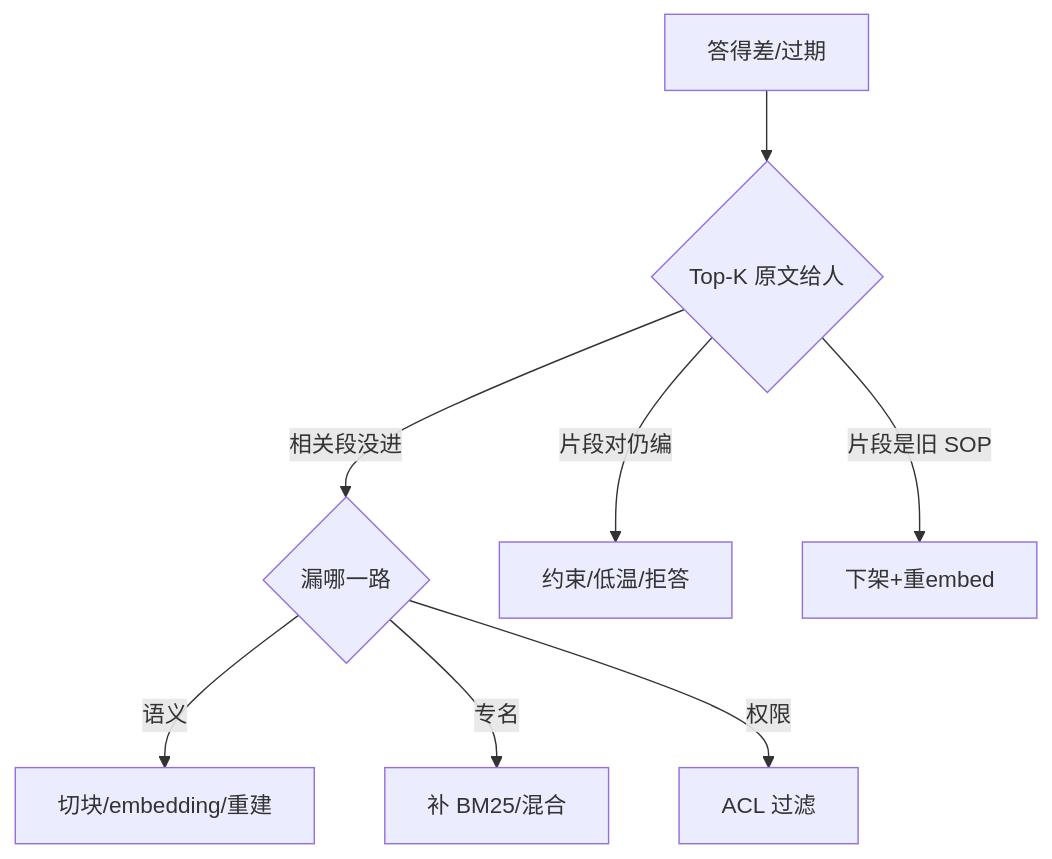
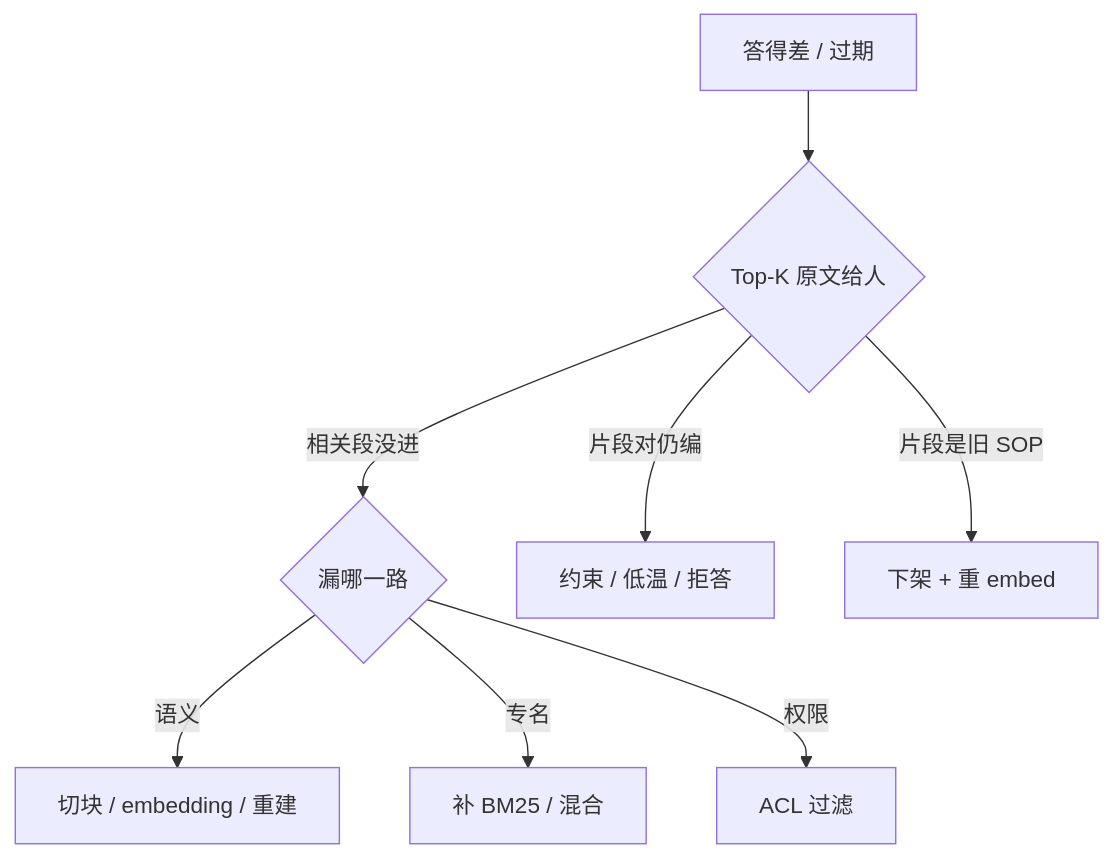
Before and after one commit to ml-cuizijun/LearnToLilith: the fourth of 4 diagrams in 08-AI与智能运维/03-RAG检索增强/知识点.md, drawn with Mermaid. The commit also changed other lines of this file and 178 other files, not shown here.

````diff
--- a/08-AI与智能运维/03-RAG检索增强/知识点.md
+++ b/08-AI与智能运维/03-RAG检索增强/知识点.md
@@ -372,10 +369,10 @@
 ```mermaid
 flowchart TB
-    A[答得差/过期] --> B{Top-K 原文给人}
-    B -->|相关段没进| C{漏哪一路}
-    C -->|语义| D[切块/embedding/重建]
-    C -->|专名| E[补 BM25/混合]
-    C -->|权限| F[ACL 过滤]
-    B -->|片段对仍编| G[约束/低温/拒答]
-    B -->|片段是旧 SOP| H[下架+重embed]
+    A["答得差 / 过期"] --> B{"Top-K 原文给人"}
+    B -->|"相关段没进"| C{"漏哪一路"}
+    C -->|"语义"| D["切块 / embedding / 重建"]
+    C -->|"专名"| E["补 BM25 / 混合"]
+    C -->|"权限"| F["ACL 过滤"]
+    B -->|"片段对仍编"| G["约束 / 低温 / 拒答"]
+    B -->|"片段是旧 SOP"| H["下架 + 重 embed"]
 ```
````
